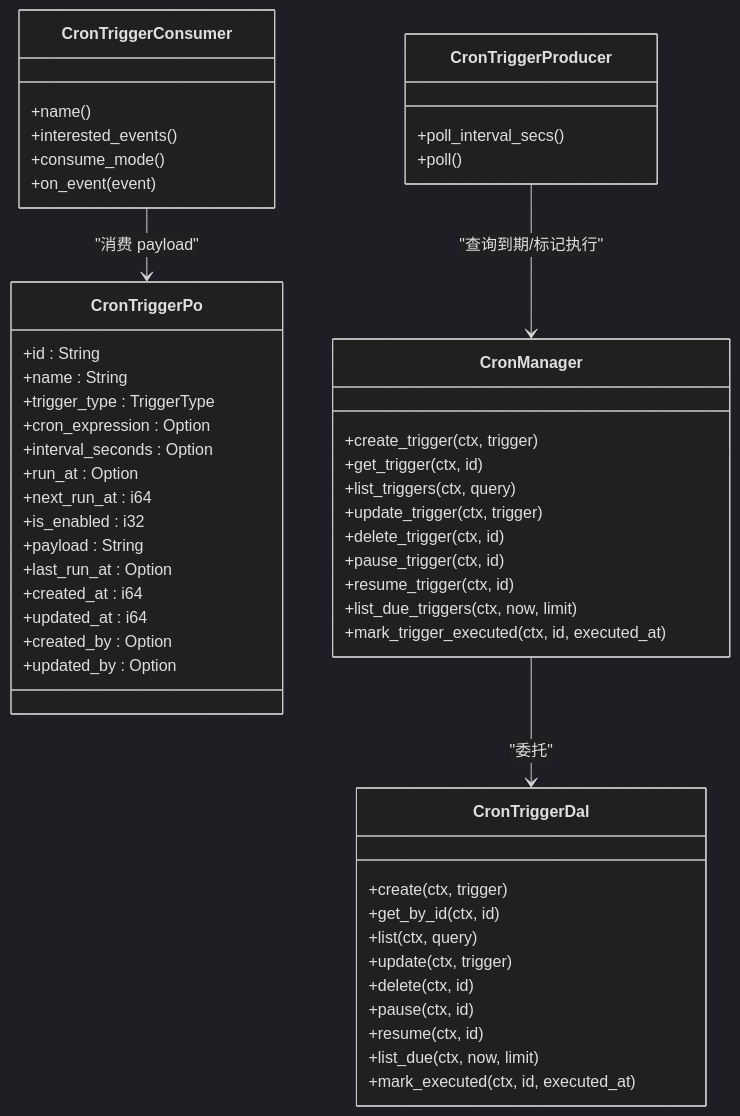
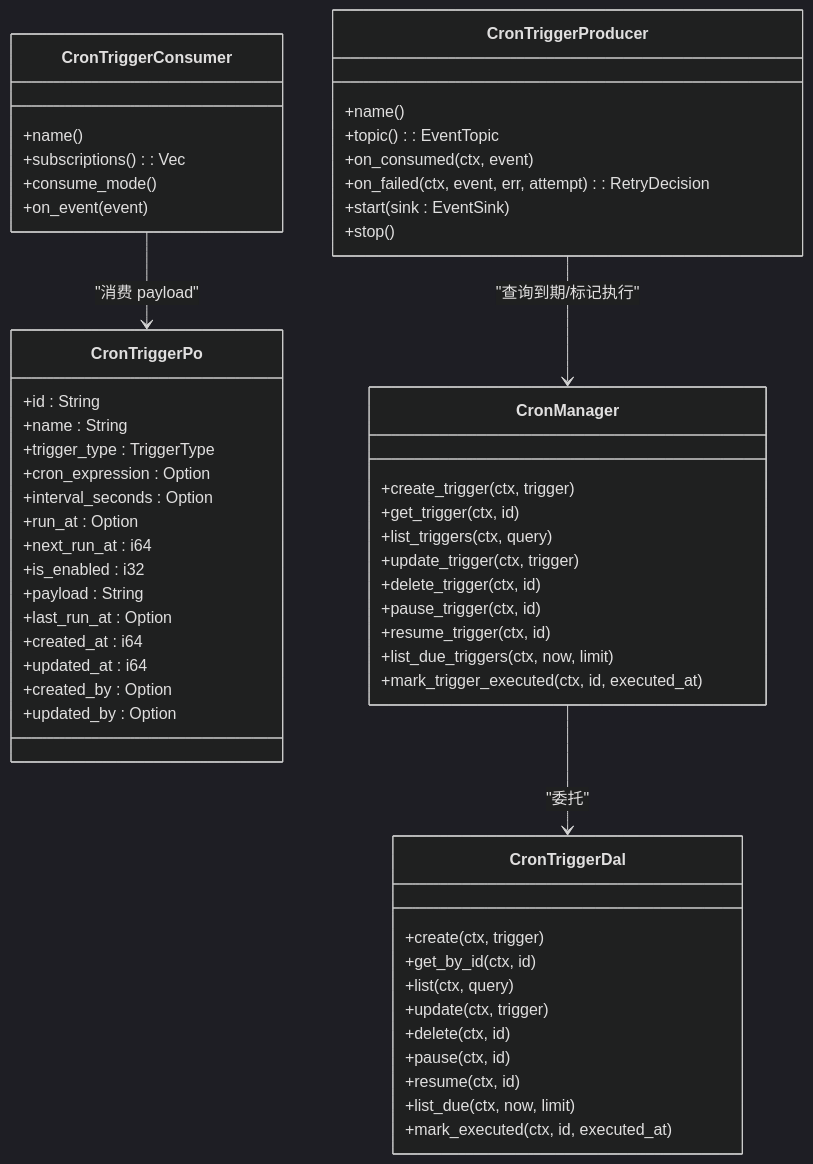
Before and after one commit to runningcoders/ai_orz: the fourth of 4 diagrams in docs/wiki/zh/content/项目概述/核心功能特性/系统管理功能/定时任务管理.md, drawn with Mermaid (dark theme). The commit also changed other lines of this file and 37 other files, not shown here.

````diff
--- a/docs/wiki/zh/content/项目概述/核心功能特性/系统管理功能/定时任务管理.md
+++ b/docs/wiki/zh/content/项目概述/核心功能特性/系统管理功能/定时任务管理.md
@@ -243,54 +251,58 @@
 ```mermaid
 classDiagram
 class CronTriggerPo {
 +id : String
 +name : String
 +trigger_type : TriggerType
 +cron_expression : Option<String>
 +interval_seconds : Option<i64>
 +run_at : Option<i64>
 +next_run_at : i64
 +is_enabled : i32
 +payload : String
 +last_run_at : Option<i64>
 +created_at : i64
 +updated_at : i64
 +created_by : Option<String>
 +updated_by : Option<String>
 }
 class CronTriggerDal {
 +create(ctx, trigger)
 +get_by_id(ctx, id)
 +list(ctx, query)
 +update(ctx, trigger)
 +delete(ctx, id)
 +pause(ctx, id)
 +resume(ctx, id)
 +list_due(ctx, now, limit)
 +mark_executed(ctx, id, executed_at)
 }
 class CronManager {
 +create_trigger(ctx, trigger)
 +get_trigger(ctx, id)
 +list_triggers(ctx, query)
 +update_trigger(ctx, trigger)
 +delete_trigger(ctx, id)
 +pause_trigger(ctx, id)
 +resume_trigger(ctx, id)
 +list_due_triggers(ctx, now, limit)
 +mark_trigger_executed(ctx, id, executed_at)
 }
 class CronTriggerProducer {
-+poll_interval_secs()
-+poll()
++name()
++topic() : EventTopic
++on_consumed(ctx, event)
++on_failed(ctx, event, err, attempt) : RetryDecision
++start(sink : EventSink)
++stop()
 }
 class CronTriggerConsumer {
 +name()
-+interested_events()
++subscriptions() : Vec<Subscription>
 +consume_mode()
 +on_event(event)
 }
 CronManager --> CronTriggerDal : "委托"
 CronTriggerProducer --> CronManager : "查询到期/标记执行"
 CronTriggerConsumer --> CronTriggerPo : "消费 payload"
 ```
````
